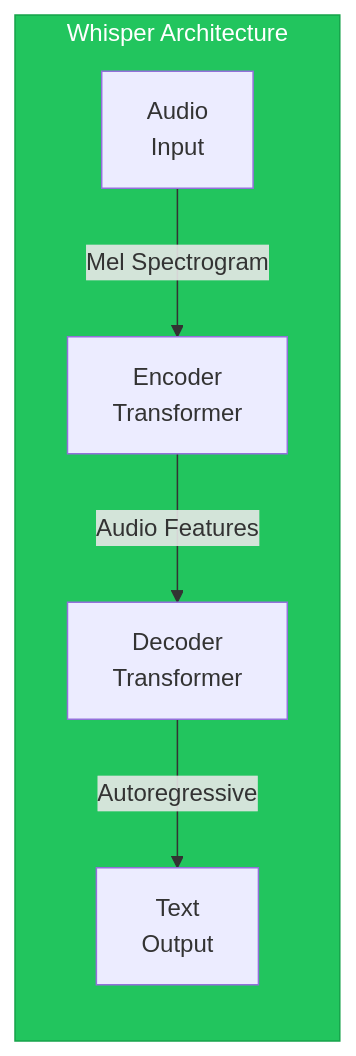
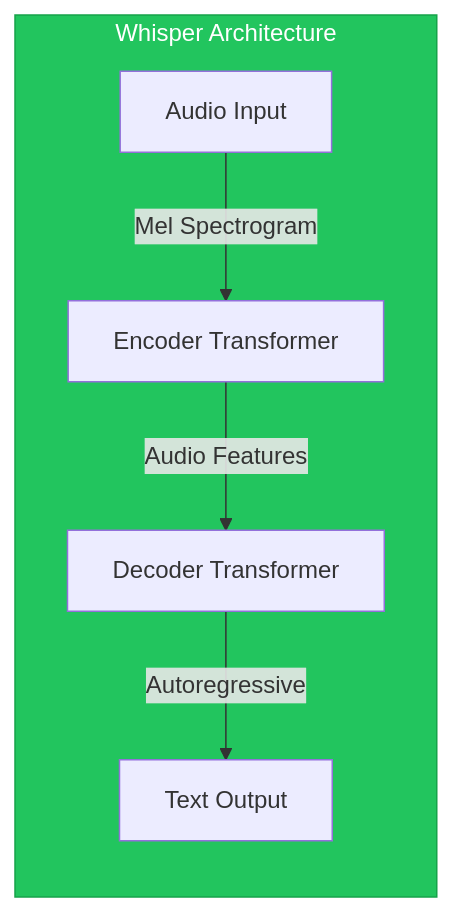
The second of 5 diagrams in docs/modules/module-4-vla/chapter-14-speech.md (shakir-hussain1/physical-AI-and-humanoid-robotics-textbook-by-shakir-hussain), drawn with Mermaid before and after one commit. The commit also changed other lines of this file and 17 other files, not shown here.

Commit message:
fix: Remove br tags from Mermaid diagrams causing parse errors

````diff
--- a/docs/modules/module-4-vla/chapter-14-speech.md
+++ b/docs/modules/module-4-vla/chapter-14-speech.md
@@ -76,15 +76,15 @@
 ```mermaid
 flowchart LR
     subgraph Whisper["Whisper Architecture"]
-        AUD[Audio<br/>Input]
-        ENC[Encoder<br/>Transformer]
-        DEC[Decoder<br/>Transformer]
-        TXT[Text<br/>Output]
+        AUD[Audio Input]
+        ENC[Encoder Transformer]
+        DEC[Decoder Transformer]
+        TXT[Text Output]
     end
 
     AUD --> |"Mel Spectrogram"| ENC
     ENC --> |"Audio Features"| DEC
     DEC --> |"Autoregressive"| TXT
 
     style Whisper fill:#22c55e,stroke:#16a34a,color:#fff
 ```
````
